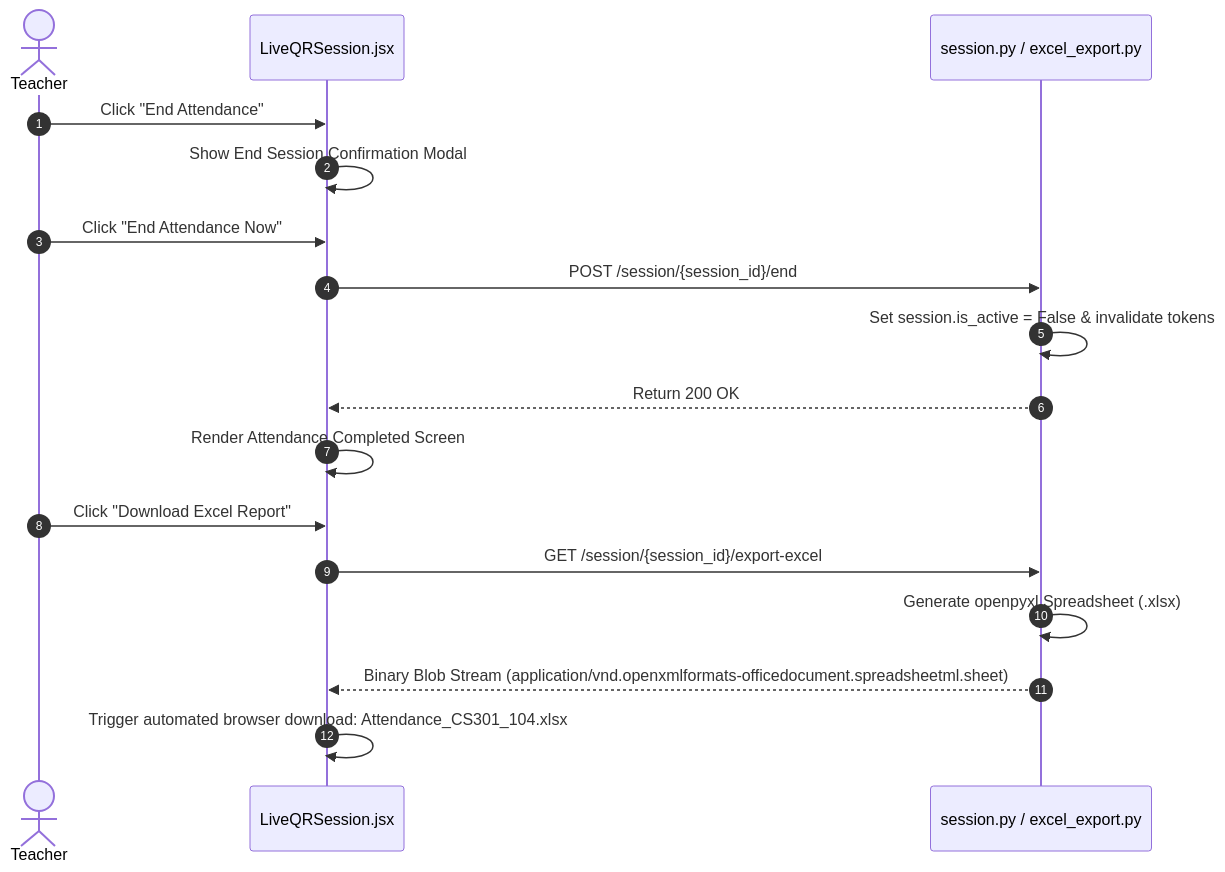
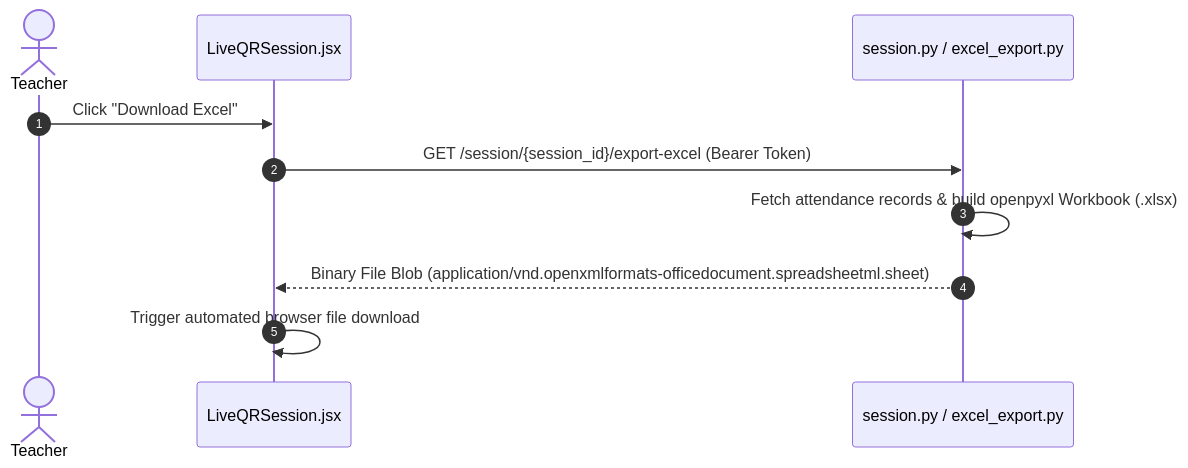
Before and after one commit to Arjunpurwar2005/qr-code-generator: the fourth of 4 diagrams in WIRE_FRAMES_AND_USER_FLOW.md, drawn with Mermaid. The commit also changed other lines of this file, not shown here.

Commit message:
Refactor WIRE_FRAMES_AND_USER_FLOW.md to follow 14-section UX specification format with strict separation of User and Technical flows

````diff
--- a/WIRE_FRAMES_AND_USER_FLOW.md
+++ b/WIRE_FRAMES_AND_USER_FLOW.md
@@ -572,20 +731,13 @@
 ```mermaid
 sequenceDiagram
     autonumber
     actor Teacher
     participant FE as LiveQRSession.jsx
     participant BE as session.py / excel_export.py
 
-    Teacher->>FE: Click "End Attendance"
-    FE->>FE: Show End Session Confirmation Modal
-    Teacher->>FE: Click "End Attendance Now"
-    FE->>BE: POST /session/{session_id}/end
-    BE->>BE: Set session.is_active = False & invalidate tokens
-    BE-->>FE: Return 200 OK
-    FE->>FE: Render Attendance Completed Screen
-    Teacher->>FE: Click "Download Excel Report"
-    FE->>BE: GET /session/{session_id}/export-excel
-    BE->>BE: Generate openpyxl Spreadsheet (.xlsx)
-    BE-->>FE: Binary Blob Stream (application/vnd.openxmlformats-officedocument.spreadsheetml.sheet)
-    FE->>FE: Trigger automated browser download: Attendance_CS301_104.xlsx
+    Teacher->>FE: Click "Download Excel"
+    FE->>BE: GET /session/{session_id}/export-excel (Bearer Token)
+    BE->>BE: Fetch attendance records & build openpyxl Workbook (.xlsx)
+    BE-->>FE: Binary File Blob (application/vnd.openxmlformats-officedocument.spreadsheetml.sheet)
+    FE->>FE: Trigger automated browser file download
 ```
````
